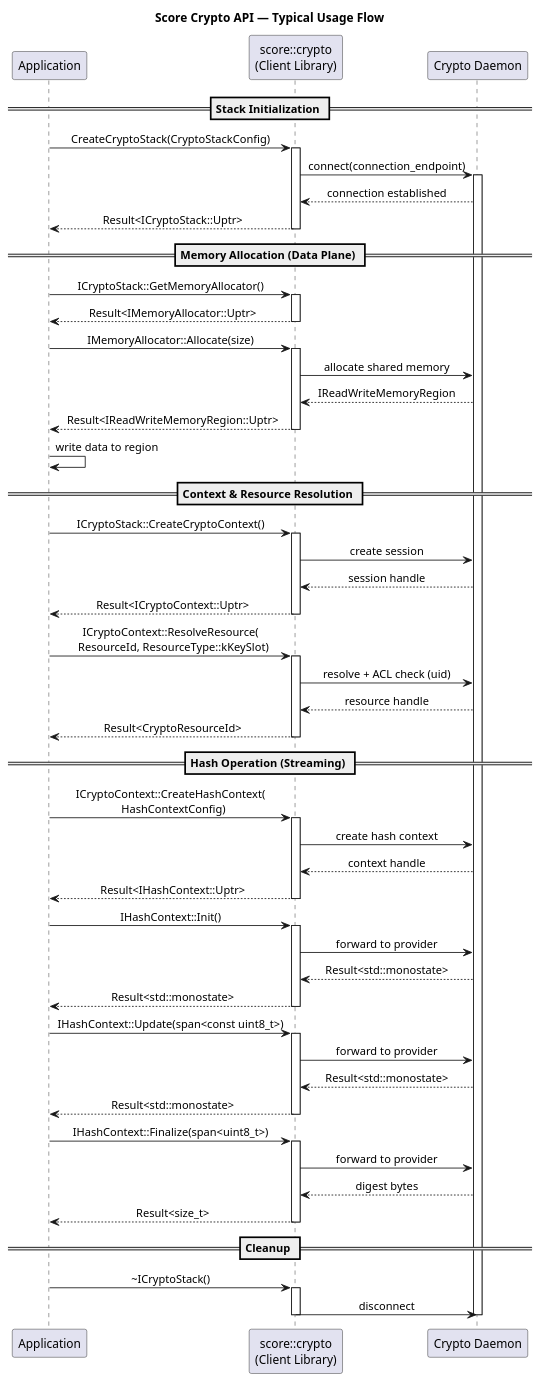
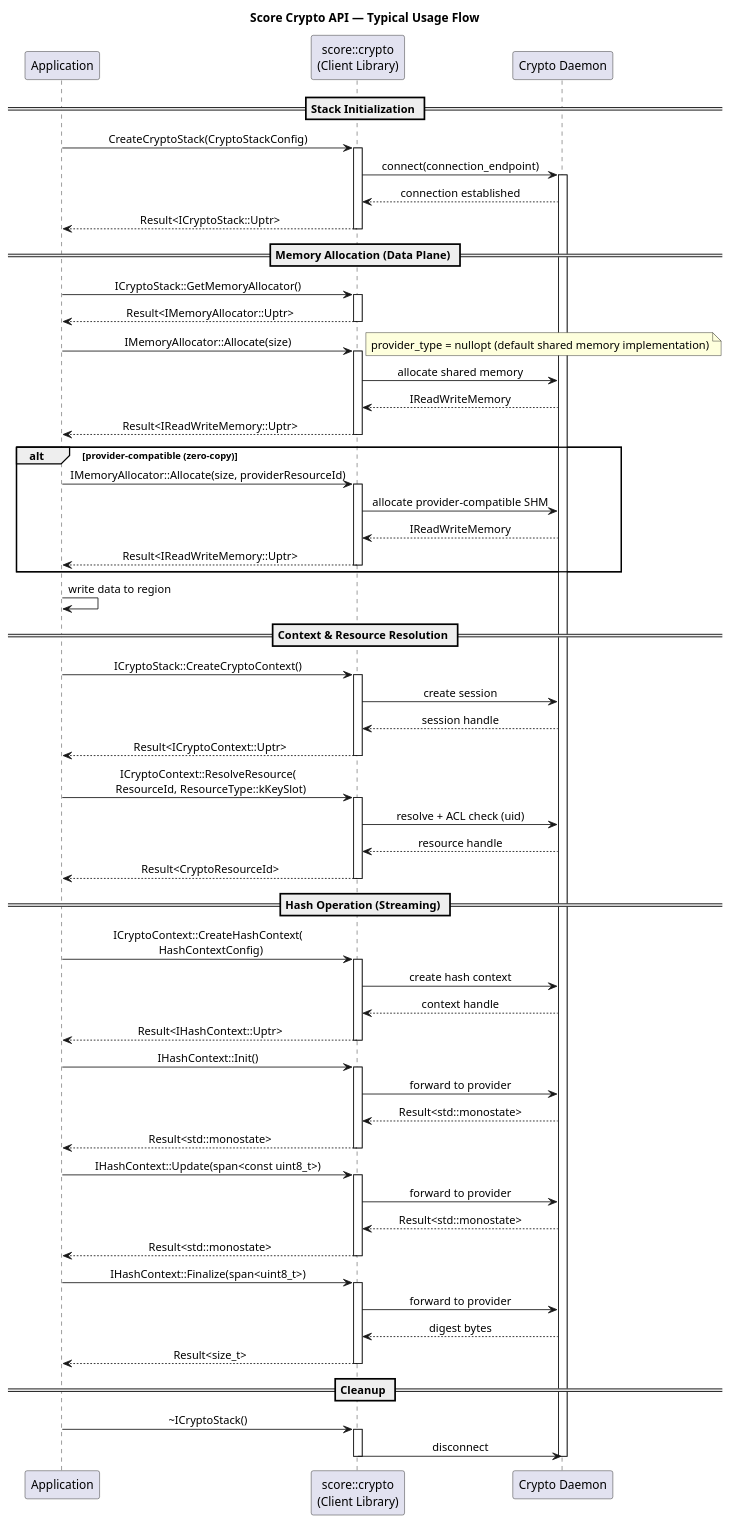
One commit to MaximilianSoerenPollak/inc_security_crypto changed the diagram in score/crypto/docs/architecture/typical_usage_sequence.puml. Above: the diagram before and after it, drawn with PlantUML. The commit also changed 110 other files, not shown here.

```diff
--- a/score/crypto/docs/architecture/typical_usage_sequence.puml
+++ b/score/crypto/docs/architecture/typical_usage_sequence.puml
@@ -1,94 +1,104 @@
 @startuml typical_usage_sequence
 
 'TODO: Update the diagram to reflect the latest API design and interaction patterns, including any new features or changes in the flow.
 
 title Score Crypto API — Typical Usage Flow
 
 skinparam sequenceMessageAlign center
 skinparam responseMessageBelowArrow true
 
 participant "Application" as App
 participant "score::crypto\n(Client Library)" as Lib
 participant "Crypto Daemon" as Daemon
 
 == Stack Initialization ==
 
 App -> Lib : CreateCryptoStack(CryptoStackConfig)
 activate Lib
 Lib -> Daemon : connect(connection_endpoint)
 activate Daemon
 Daemon --> Lib : connection established
 Lib --> App : Result<ICryptoStack::Uptr>
 deactivate Lib
 
 == Memory Allocation (Data Plane) ==
 
 App -> Lib : ICryptoStack::GetMemoryAllocator()
 activate Lib
 Lib --> App : Result<IMemoryAllocator::Uptr>
 deactivate Lib
 
 App -> Lib : IMemoryAllocator::Allocate(size)
+note right : provider_type = nullopt (default shared memory implementation)
 activate Lib
 Lib -> Daemon : allocate shared memory
-Daemon --> Lib : IReadWriteMemoryRegion
-Lib --> App : Result<IReadWriteMemoryRegion::Uptr>
+Daemon --> Lib : IReadWriteMemory
+Lib --> App : Result<IReadWriteMemory::Uptr>
 deactivate Lib
+
+alt provider-compatible (zero-copy)
+App -> Lib : IMemoryAllocator::Allocate(size, providerResourceId)
+activate Lib
+Lib -> Daemon : allocate provider-compatible SHM
+Daemon --> Lib : IReadWriteMemory
+Lib --> App : Result<IReadWriteMemory::Uptr>
+deactivate Lib
+end
 
 App -> App : write data to region
 
 == Context & Resource Resolution ==
 
 App -> Lib : ICryptoStack::CreateCryptoContext()
 activate Lib
 Lib -> Daemon : create session
 Daemon --> Lib : session handle
 Lib --> App : Result<ICryptoContext::Uptr>
 deactivate Lib
 
 App -> Lib : ICryptoContext::ResolveResource(\n  ResourceId, ResourceType::kKeySlot)
 activate Lib
 Lib -> Daemon : resolve + ACL check (uid)
 Daemon --> Lib : resource handle
 Lib --> App : Result<CryptoResourceId>
 deactivate Lib
 
 == Hash Operation (Streaming) ==
 
 App -> Lib : ICryptoContext::CreateHashContext(\n  HashContextConfig)
 activate Lib
 Lib -> Daemon : create hash context
 Daemon --> Lib : context handle
 Lib --> App : Result<IHashContext::Uptr>
 deactivate Lib
 
 App -> Lib : IHashContext::Init()
 activate Lib
 Lib -> Daemon : forward to provider
 Daemon --> Lib : Result<std::monostate>
 Lib --> App : Result<std::monostate>
 deactivate Lib
 
 App -> Lib : IHashContext::Update(span<const uint8_t>)
 activate Lib
 Lib -> Daemon : forward to provider
 Daemon --> Lib : Result<std::monostate>
 Lib --> App : Result<std::monostate>
 deactivate Lib
 
 App -> Lib : IHashContext::Finalize(span<uint8_t>)
 activate Lib
 Lib -> Daemon : forward to provider
 Daemon --> Lib : digest bytes
 Lib --> App : Result<size_t>
 deactivate Lib
 
 == Cleanup ==
 
 App -> Lib : ~ICryptoStack()
 activate Lib
 Lib -> Daemon : disconnect
 deactivate Daemon
 deactivate Lib
 
 @enduml
```
